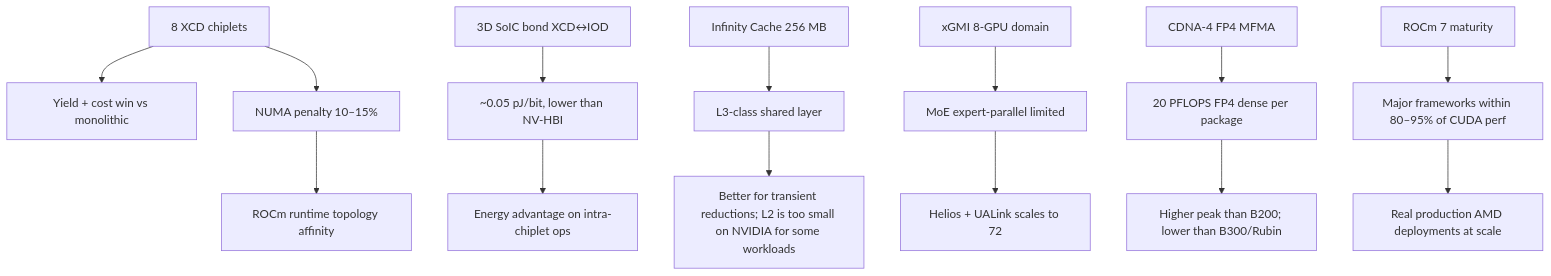
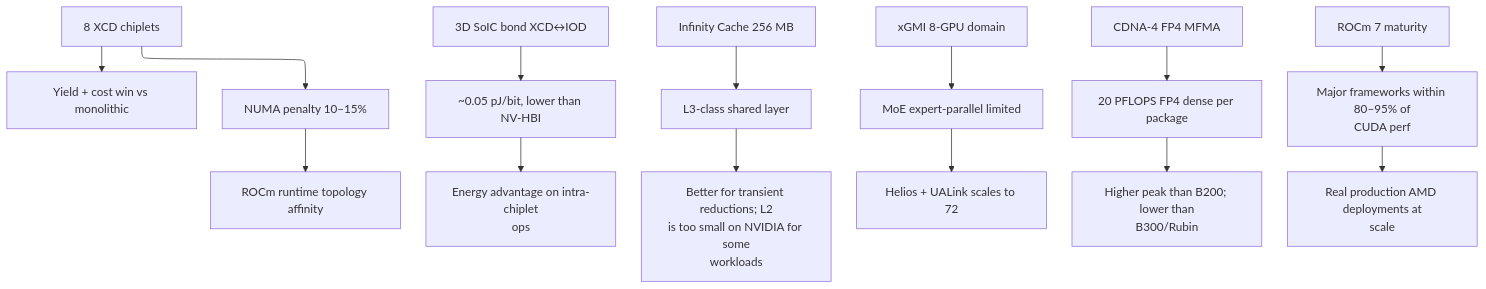
The fourth of 4 diagrams in ai_infra/L3_Microarchitecture/AMD_Instinct.md (Wty2003328/ai_infra_intro), drawn with Mermaid before and after one commit. The commit also changed other lines of this file and 108 other files, not shown here.

````diff
--- a/ai_infra/L3_Microarchitecture/AMD_Instinct.md
+++ b/ai_infra/L3_Microarchitecture/AMD_Instinct.md
@@ -311,21 +314,22 @@
 ```mermaid
+%%{init: {"flowchart": {"defaultRenderer": "elk", "nodeSpacing": 60, "rankSpacing": 60, "htmlLabels": false}}}%%
 flowchart TD
     A[8 XCD chiplets] --> B[Yield + cost win vs monolithic]
     A --> C[NUMA penalty 10–15%]
     C --> D[ROCm runtime topology affinity]
 
     E[3D SoIC bond XCD↔IOD] --> F[~0.05 pJ/bit, lower than NV-HBI]
-    F --> G[Energy advantage on intra-chiplet ops]
+    F --> G[Energy advantage on intra-chiplet<br/>ops]
 
     H[Infinity Cache 256 MB] --> I[L3-class shared layer]
-    I --> J[Better for transient reductions; L2 is too small on NVIDIA for some workloads]
+    I --> J[Better for transient reductions; L2<br/>is too small on NVIDIA for some<br/>workloads]
 
     K[xGMI 8-GPU domain] --> L[MoE expert-parallel limited]
     L --> M[Helios + UALink scales to 72]
 
     N[CDNA-4 FP4 MFMA] --> O[20 PFLOPS FP4 dense per package]
-    O --> P[Higher peak than B200; lower than B300/Rubin]
+    O --> P[Higher peak than B200; lower than<br/>B300/Rubin]
 
-    Q[ROCm 7 maturity] --> R[Major frameworks within 80–95% of CUDA perf]
-    R --> S[Real production AMD deployments at scale]
+    Q[ROCm 7 maturity] --> R[Major frameworks within 80–95% of<br/>CUDA perf]
+    R --> S[Real production AMD deployments at<br/>scale]
 ```
````
